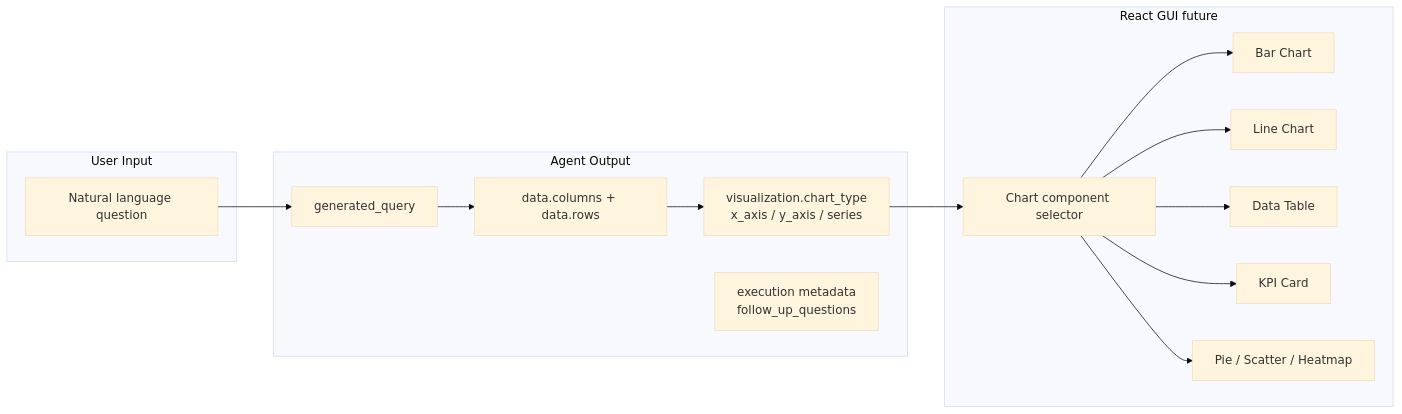
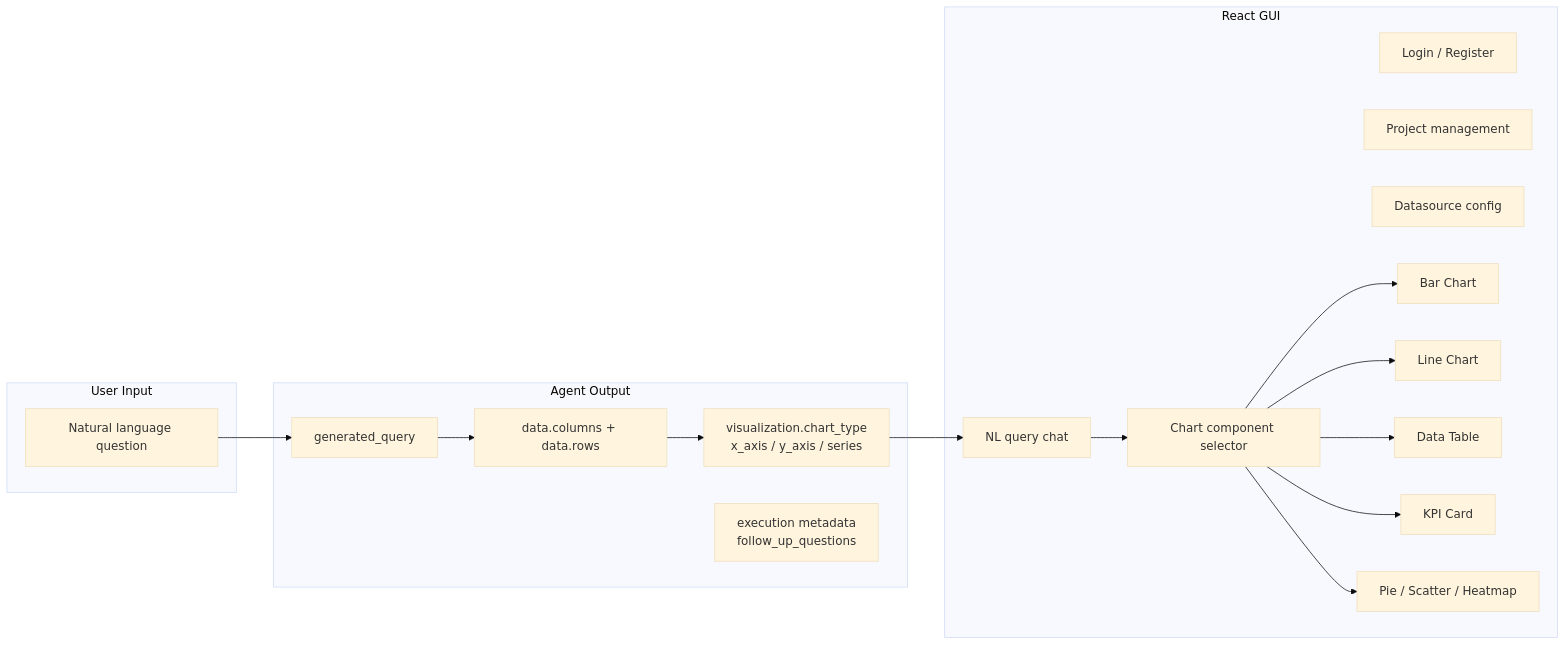
Before and after one commit to Gaurav24011989/conversational-bi: the eighth of 9 diagrams in docs/architecture.md, drawn with Mermaid (base theme). The commit also changed other lines of this file and 45 other files, not shown here.

````diff
--- a/docs/architecture.md
+++ b/docs/architecture.md
@@ -426,32 +426,37 @@
 ```mermaid
 flowchart LR
   subgraph input [User Input]
     NLQ[Natural language question]
   end
 
   subgraph agentOutput [Agent Output]
     GenQ[generated_query]
     Data[data.columns + data.rows]
     Viz[visualization.chart_type\nx_axis / y_axis / series]
     Meta[execution metadata\nfollow_up_questions]
   end
 
-  subgraph gui [React GUI future]
+  subgraph gui [React GUI]
+    AuthPages[Login / Register]
+    Projects[Project management]
+    Datasources[Datasource config]
+    Chat[NL query chat]
     ChartPicker[Chart component selector]
     Bar[Bar Chart]
     Line[Line Chart]
     Table[Data Table]
     Metric[KPI Card]
     Other[Pie / Scatter / Heatmap]
   end
 
   NLQ --> GenQ
   GenQ --> Data
   Data --> Viz
-  Viz --> ChartPicker
+  Viz --> Chat
+  Chat --> ChartPicker
   ChartPicker --> Bar
   ChartPicker --> Line
   ChartPicker --> Table
   ChartPicker --> Metric
   ChartPicker --> Other
 ```
````
